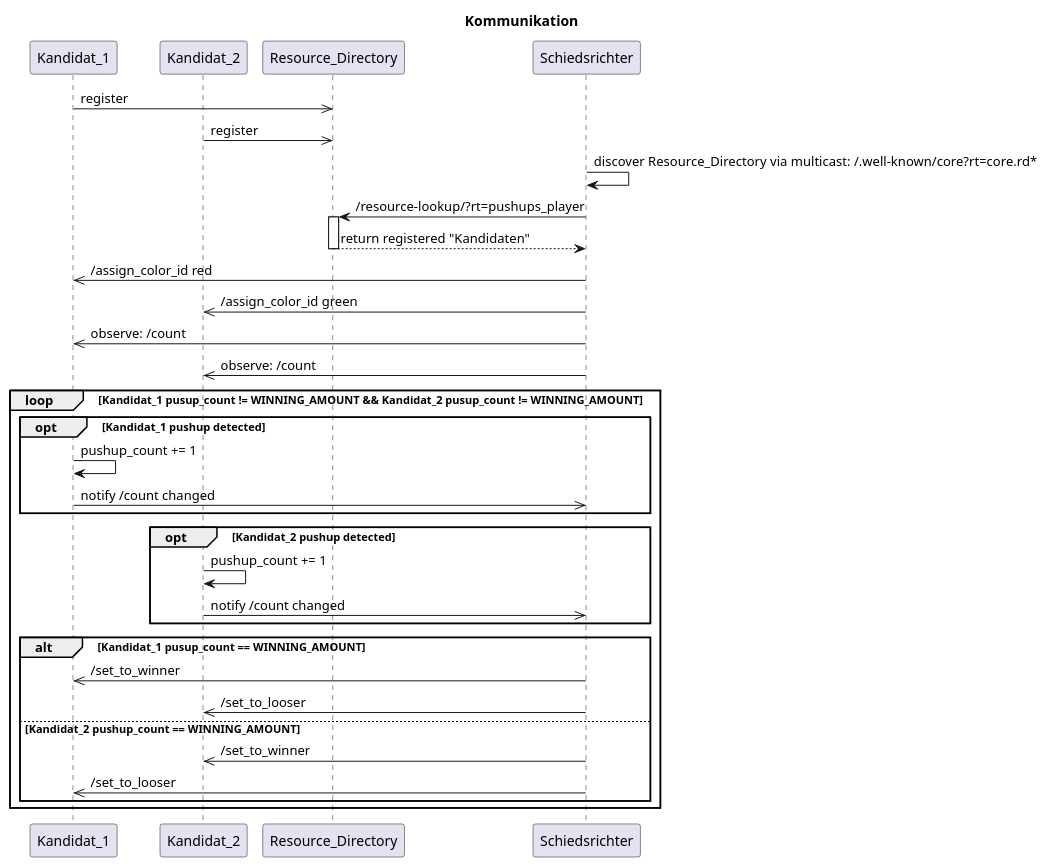
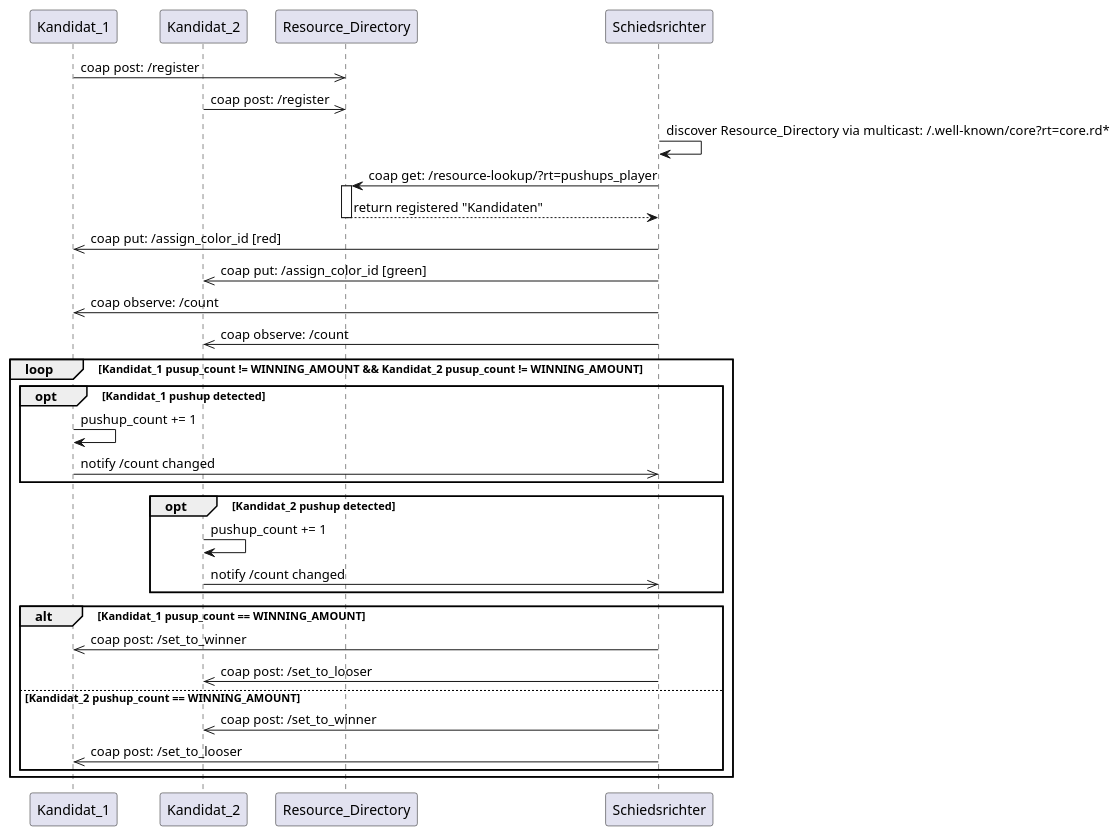
The diagram in docs/communication.puml (friedrichdudda/AIT05), drawn with PlantUML before and after one commit.

```diff
--- a/docs/communication.puml
+++ b/docs/communication.puml
@@ -1,38 +1,35 @@
-@startuml
-title Kommunikation
-
+@startuml Kommunikation
 participant Kandidat_1
 participant Kandidat_2
 participant Resource_Directory
 participant Schiedsrichter
 
-Kandidat_1 ->> Resource_Directory: register
-Kandidat_2 ->> Resource_Directory: register
+Kandidat_1 ->> Resource_Directory: coap post: /register
+Kandidat_2 ->> Resource_Directory: coap post: /register
 Schiedsrichter -> Schiedsrichter: discover Resource_Directory via multicast: /.well-known/core?rt=core.rd*
-Schiedsrichter -> Resource_Directory: /resource-lookup/?rt=pushups_player
+Schiedsrichter -> Resource_Directory: coap get: /resource-lookup/?rt=pushups_player
 activate Resource_Directory
 Resource_Directory --> Schiedsrichter: return registered "Kandidaten"
 deactivate Resource_Directory
-Schiedsrichter ->> Kandidat_1: /assign_color_id red
-Schiedsrichter ->> Kandidat_2: /assign_color_id green
-Schiedsrichter ->> Kandidat_1: observe: /count
-Schiedsrichter ->> Kandidat_2: observe: /count
+Schiedsrichter ->> Kandidat_1: coap put: /assign_color_id [red]
+Schiedsrichter ->> Kandidat_2: coap put: /assign_color_id [green]
+Schiedsrichter ->> Kandidat_1: coap observe: /count
+Schiedsrichter ->> Kandidat_2: coap observe: /count
 loop Kandidat_1 pusup_count != WINNING_AMOUNT && Kandidat_2 pusup_count != WINNING_AMOUNT
     opt Kandidat_1 pushup detected
         Kandidat_1 -> Kandidat_1: pushup_count += 1
         Kandidat_1 ->> Schiedsrichter: notify /count changed
     end
     opt Kandidat_2 pushup detected
         Kandidat_2 -> Kandidat_2: pushup_count += 1
         Kandidat_2 ->> Schiedsrichter: notify /count changed
     end
     alt Kandidat_1 pusup_count == WINNING_AMOUNT
-        Schiedsrichter ->> Kandidat_1: /set_to_winner
-        Schiedsrichter ->> Kandidat_2: /set_to_looser
+        Schiedsrichter ->> Kandidat_1: coap post: /set_to_winner
+        Schiedsrichter ->> Kandidat_2: coap post: /set_to_looser
     else Kandidat_2 pushup_count == WINNING_AMOUNT
-        Schiedsrichter ->> Kandidat_2: /set_to_winner
-        Schiedsrichter ->> Kandidat_1: /set_to_looser
+        Schiedsrichter ->> Kandidat_2: coap post: /set_to_winner
+        Schiedsrichter ->> Kandidat_1: coap post: /set_to_looser
     end
 end
-
 @enduml
```
